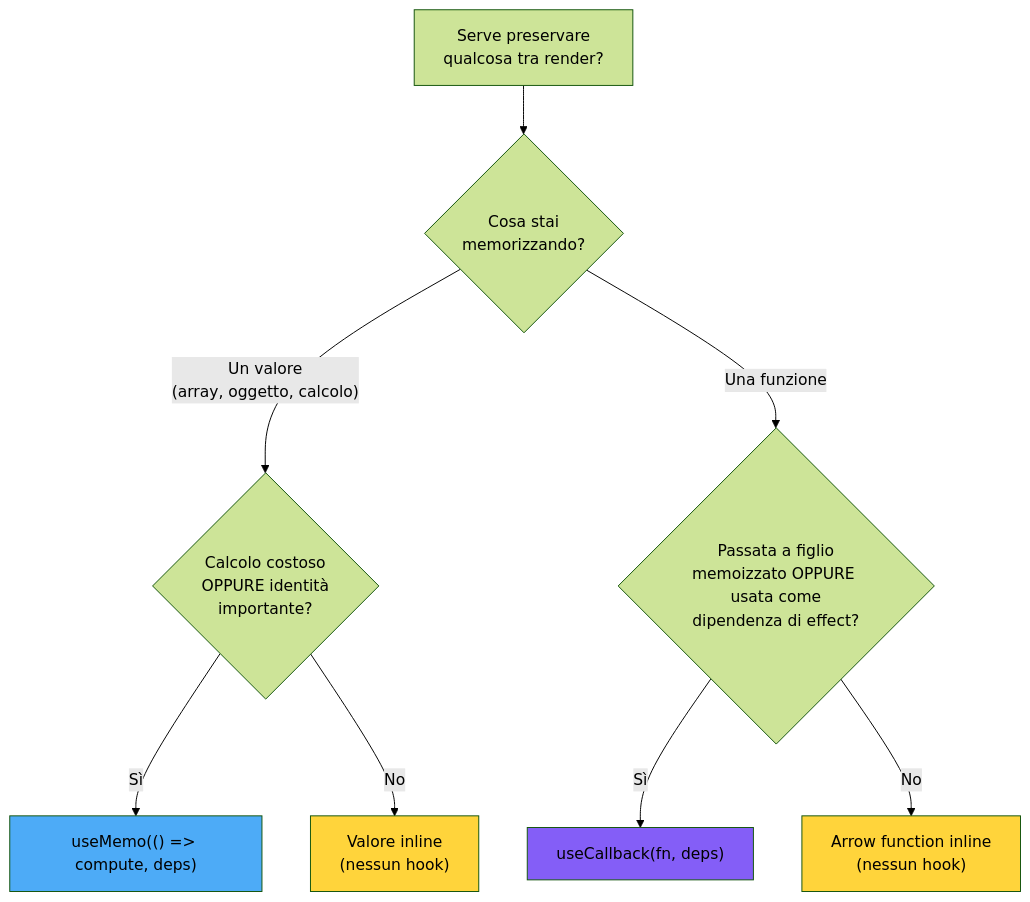
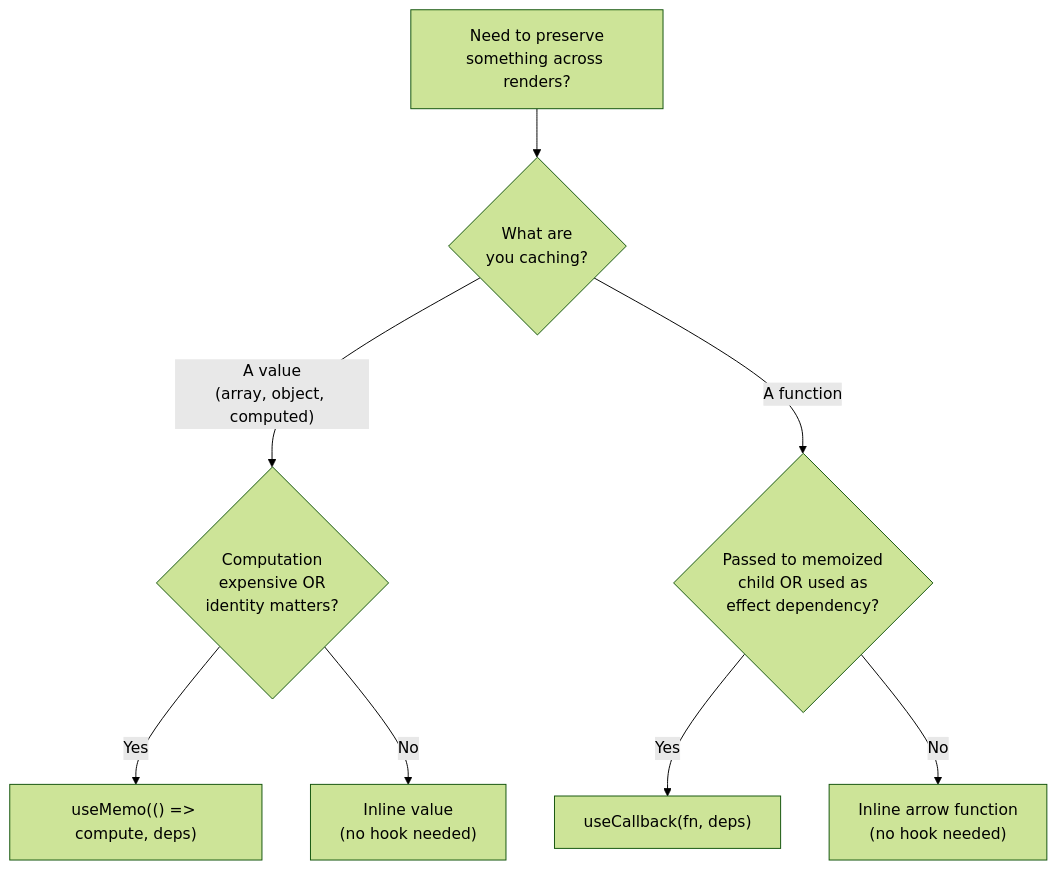
The third of 5 diagrams in arguments/chapters/it/09-performance-optimization.md (BabaScience/react-guides), drawn with Mermaid (forest theme) before and after one commit. The commit also changed other lines of this file and 29 other files, not shown here.

First line of the commit message:
Bring React FR/IT translations to full English parity + theme-safe diagrams

````diff
--- a/arguments/chapters/it/09-performance-optimization.md
+++ b/arguments/chapters/it/09-performance-optimization.md
@@ -102,15 +554,11 @@
 ```mermaid
 flowchart TD
-    A["Serve preservare<br/>qualcosa tra render?"] --> B{"Cosa stai<br/>memorizzando?"}
-    B -->|"Un valore<br/>(array, oggetto, calcolo)"| C{"Calcolo costoso<br/>OPPURE identità<br/>importante?"}
-    B -->|"Una funzione"| D{"Passata a figlio<br/>memoizzato OPPURE usata come<br/>dipendenza di effect?"}
-    C -->|Sì| E["useMemo(() => compute, deps)"]
-    C -->|No| F["Valore inline<br/>(nessun hook)"]
-    D -->|Sì| G["useCallback(fn, deps)"]
-    D -->|No| H["Arrow function inline<br/>(nessun hook)"]
+    A["Need to preserve<br/>something across renders?"] --> B{"What are<br/>you caching?"}
+    B -->|"A value<br/>(array, object, computed)"| C{"Computation<br/>expensive OR<br/>identity matters?"}
+    B -->|"A function"| D{"Passed to memoized<br/>child OR used as<br/>effect dependency?"}
+    C -->|Yes| E["useMemo(() => compute, deps)"]
+    C -->|No| F["Inline value<br/>(no hook needed)"]
+    D -->|Yes| G["useCallback(fn, deps)"]
+    D -->|No| H["Inline arrow function<br/>(no hook needed)"]
 
-    style E fill:#4dabf7
-    style G fill:#845ef7
-    style F fill:#ffd43b
-    style H fill:#ffd43b
 ```
````
